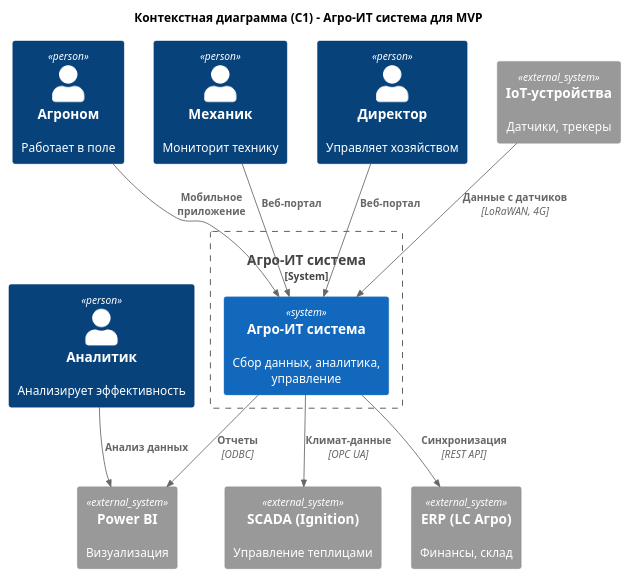
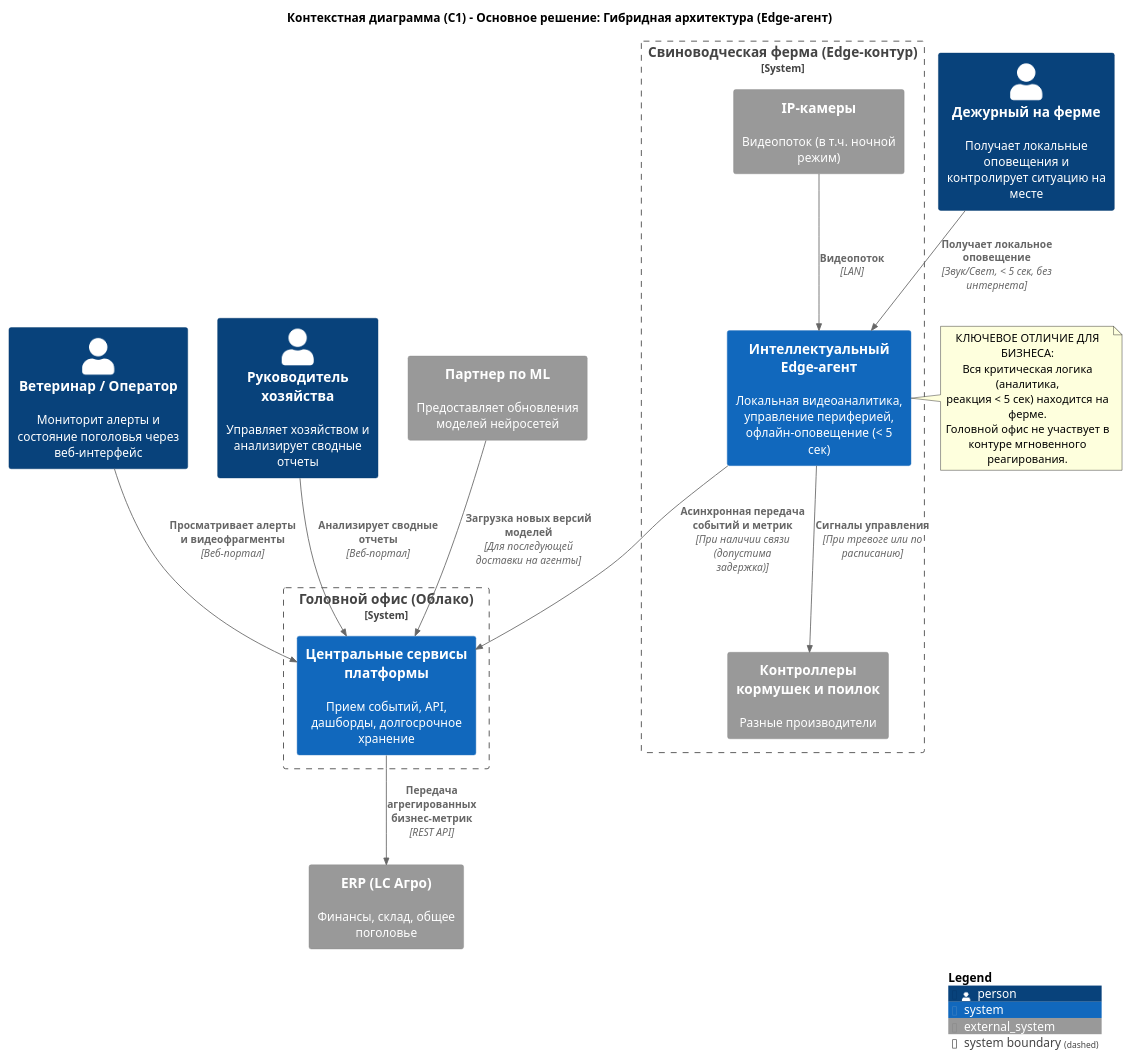
Before and after one commit to neptunykt/yandex_project_1: the diagram in Task1/diagrams/c1-context-main.puml, drawn with PlantUML. The commit also changed 2 other files, not shown here.

```diff
--- a/Task1/diagrams/c1-context-main.puml
+++ b/Task1/diagrams/c1-context-main.puml
@@ -1,29 +1,44 @@
-@startuml
+@startuml main Farm
 !include C4_Context.puml
-title Контекстная диаграмма (C1) - Агро-ИТ система для MVP
 
-Person(agronomist, "Агроном", "Работает в поле")
-Person(mechanic, "Механик", "Мониторит технику")
-Person(director, "Директор", "Управляет хозяйством")
-Person(analyst, "Аналитик", "Анализирует эффективность")
+title Контекстная диаграмма (C1) - Основное решение: Гибридная архитектура (Edge-агент)
 
-System_Boundary(agro, "Агро-ИТ система") {
-    System(core, "Агро-ИТ система", "Сбор данных, аналитика, управление")
+Person(worker, "Дежурный на ферме", "Получает локальные оповещения и контролирует ситуацию на месте")
+Person(vet, "Ветеринар / Оператор", "Мониторит алерты и состояние поголовья через веб-интерфейс")
+Person(manager, "Руководитель хозяйства", "Управляет хозяйством и анализирует сводные отчеты")
+
+System_Boundary(farm, "Свиноводческая ферма (Edge-контур)") {
+    System(edge_agent, "Интеллектуальный Edge-агент", "Локальная видеоаналитика, управление периферией, офлайн-оповещение (< 5 сек)")
+    System_Ext(cameras, "IP-камеры", "Видеопоток (в т.ч. ночной режим)")
+    System_Ext(feeders, "Контроллеры кормушек и поилок", "Разные производители")
 }
 
-System_Ext(erp, "ERP (LC Агро)", "Финансы, склад")
-System_Ext(iot, "IoT-устройства", "Датчики, трекеры")
-System_Ext(bi, "Power BI", "Визуализация")
-System_Ext(scada, "SCADA (Ignition)", "Управление теплицами")
+System_Boundary(hq, "Головной офис (Облако)") {
+    System(cloud_service, "Центральные сервисы платформы", "Прием событий, API, дашборды, долгосрочное хранение")
+}
 
-Rel(agronomist, core, "Мобильное приложение")
-Rel(mechanic, core, "Веб-портал")
-Rel(director, core, "Веб-портал")
-Rel(analyst, bi, "Анализ данных")
+System_Ext(erp, "ERP (LC Агро)", "Финансы, склад, общее поголовье")
+System_Ext(ml_partner, "Партнер по ML", "Предоставляет обновления моделей нейросетей")
 
-Rel(core, erp, "Синхронизация", "REST API")
-Rel(iot, core, "Данные с датчиков", "LoRaWAN, 4G")
-Rel(core, bi, "Отчеты", "ODBC")
-Rel(core, scada, "Климат-данные", "OPC UA")
+' --- Связи ---
+Rel(worker, edge_agent, "Получает локальное оповещение", "Звук/Свет, < 5 сек, без интернета")
+Rel(vet, cloud_service, "Просматривает алерты и видеофрагменты", "Веб-портал")
+Rel(manager, cloud_service, "Анализирует сводные отчеты", "Веб-портал")
 
+Rel(cameras, edge_agent, "Видеопоток", "LAN")
+Rel(edge_agent, feeders, "Сигналы управления", "При тревоге или по расписанию")
+
+Rel(edge_agent, cloud_service, "Асинхронная передача событий и метрик", "При наличии связи (допустима задержка)")
+Rel(cloud_service, erp, "Передача агрегированных бизнес-метрик", "REST API")
+Rel(ml_partner, cloud_service, "Загрузка новых версий моделей", "Для последующей доставки на агенты")
+
+note right of edge_agent
+  КЛЮЧЕВОЕ ОТЛИЧИЕ ДЛЯ БИЗНЕСА:
+  Вся критическая логика (аналитика, 
+  реакция < 5 сек) находится на ферме.
+  Головной офис не участвует в 
+  контуре мгновенного реагирования.
+end note
+
+SHOW_LEGEND()
 @enduml
```
